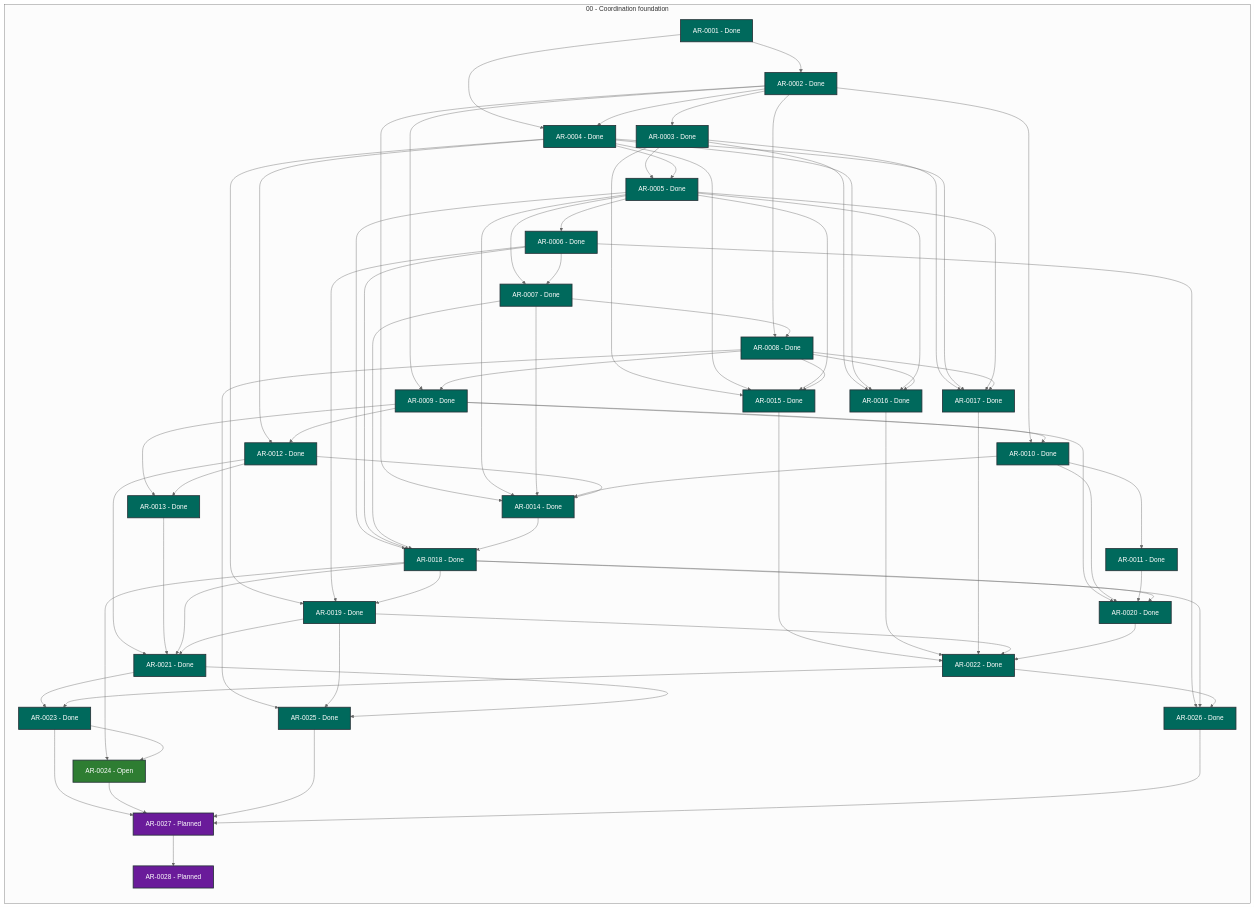
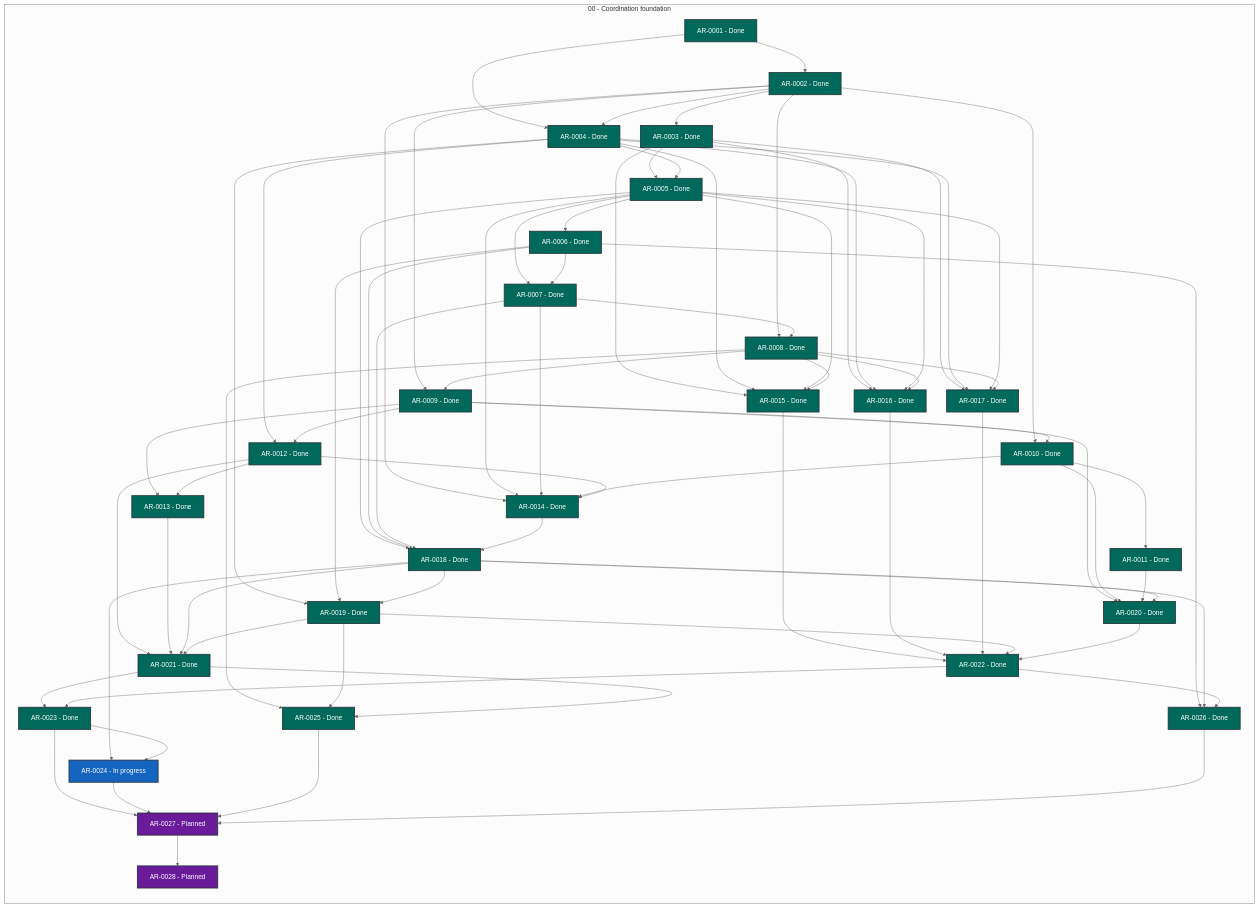
One commit to martin-beck/agent-workflow-runtime-state changed the diagram in STATUS.md. Above: the diagram before and after it, drawn with Mermaid (neutral theme). The commit also changed other lines of this file and 2 other files, not shown here.

```diff
--- a/STATUS.md
+++ b/STATUS.md
@@ -51,7 +51,7 @@
         AR_0021["AR-0021 - Done"]:::status_done
         AR_0022["AR-0022 - Done"]:::status_done
         AR_0023["AR-0023 - Done"]:::status_done
-        AR_0024["AR-0024 - Open"]:::status_open
+        AR_0024["AR-0024 - In progress"]:::status_in_progress
         AR_0025["AR-0025 - Done"]:::status_done
         AR_0026["AR-0026 - Done"]:::status_done
         AR_0027["AR-0027 - Planned"]:::status_planned
```
